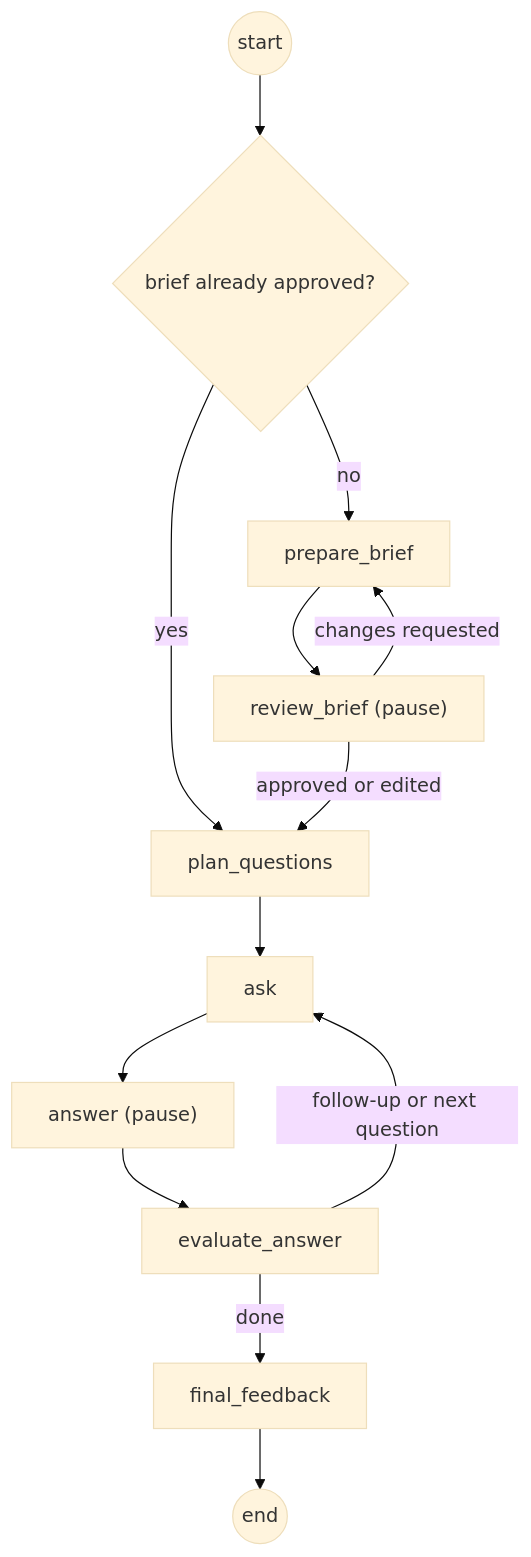
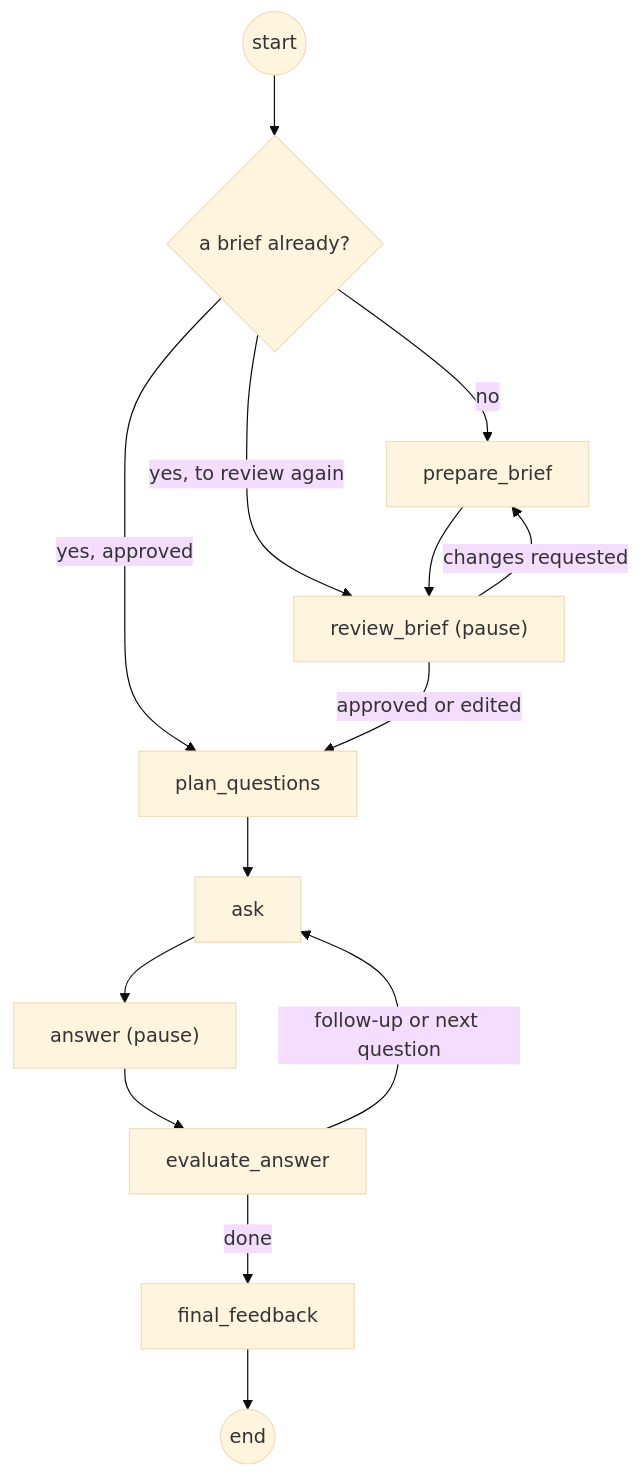
Before and after one commit to antoine-demyttenaere/interview-prep-voice-agent: the fifth of 5 diagrams in HOW_IT_WORKS.md, drawn with Mermaid (base theme). The commit also changed other lines of this file and 18 other files, not shown here.

````diff
--- a/HOW_IT_WORKS.md
+++ b/HOW_IT_WORKS.md
@@ -299,12 +303,13 @@
 ```mermaid
 flowchart TD
-  START((start)) --> rs{brief already approved?}
+  START((start)) --> rs{a brief already?}
   rs -- no --> prepare_brief
-  rs -- yes --> plan_questions
+  rs -- "yes, to review again" --> review_brief
+  rs -- yes, approved --> plan_questions
   prepare_brief --> review_brief["review_brief (pause)"]
   review_brief -- approved or edited --> plan_questions
   review_brief -- changes requested --> prepare_brief
   plan_questions --> ask --> answer["answer (pause)"] --> evaluate_answer
   evaluate_answer -- follow-up or next question --> ask
   evaluate_answer -- done --> final_feedback --> END((end))
 ```
````
